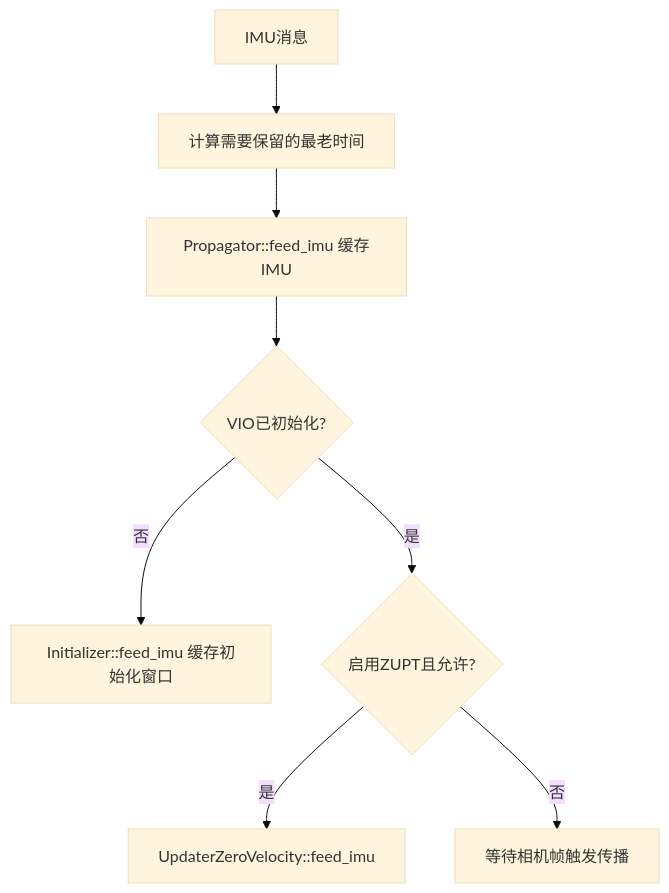
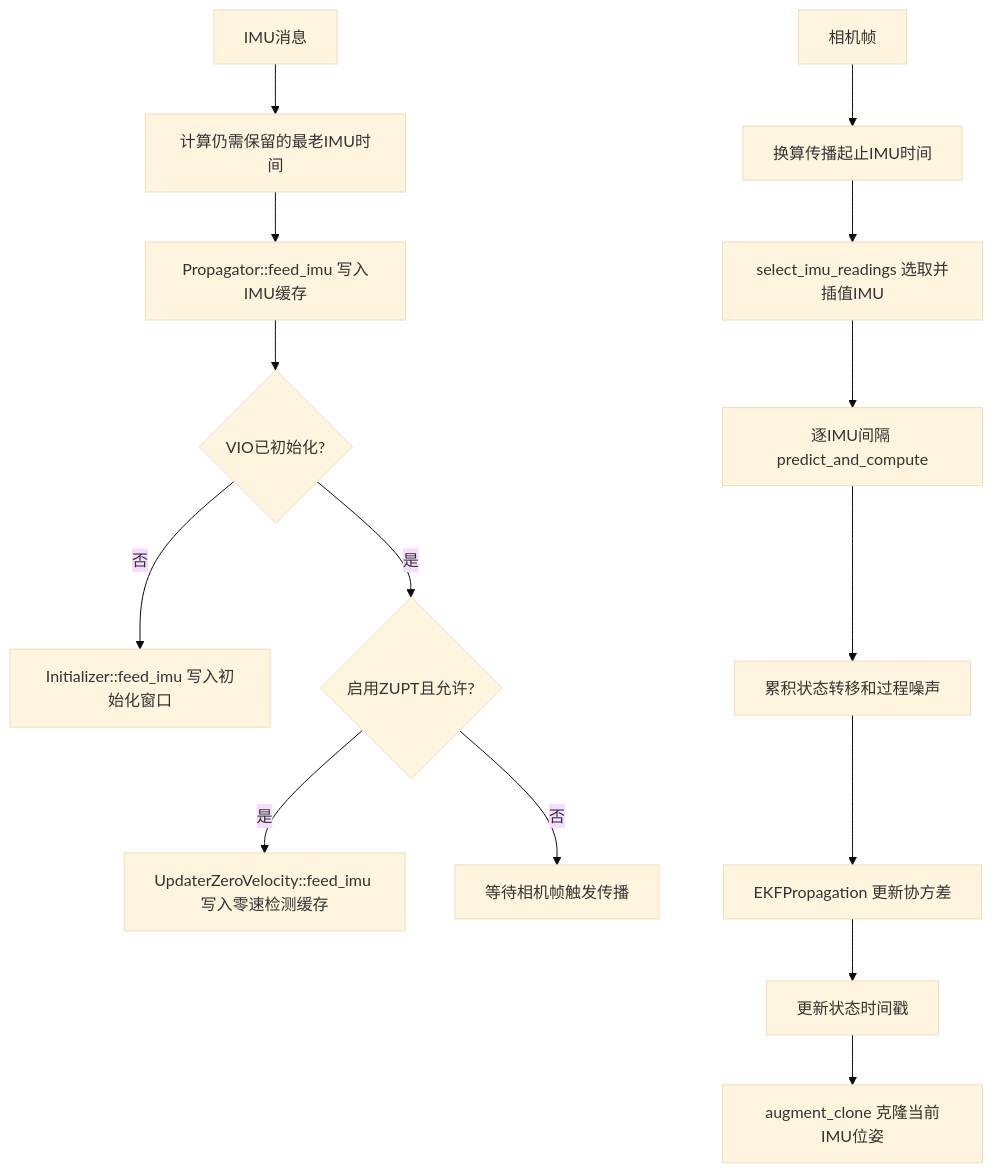
Before and after one commit to karmueo/open_vins: the third of 10 diagrams in 算法.md, drawn with Mermaid (base theme). The commit also changed other lines of this file and 2 other files, not shown here.

````diff
--- a/算法.md
+++ b/算法.md
@@ -153,10 +153,18 @@
 ```mermaid
 flowchart TD
-  A[IMU消息] --> B[计算需要保留的最老时间]
-  B --> C[Propagator::feed_imu 缓存IMU]
+  A[IMU消息] --> B[计算仍需保留的最老IMU时间]
+  B --> C[Propagator::feed_imu 写入IMU缓存]
   C --> D{VIO已初始化?}
-  D -- 否 --> E[Initializer::feed_imu 缓存初始化窗口]
+  D -- 否 --> E[Initializer::feed_imu 写入初始化窗口]
   D -- 是 --> F{启用ZUPT且允许?}
-  F -- 是 --> G[UpdaterZeroVelocity::feed_imu]
+  F -- 是 --> G[UpdaterZeroVelocity::feed_imu 写入零速检测缓存]
   F -- 否 --> H[等待相机帧触发传播]
+
+  I[相机帧] --> J[换算传播起止IMU时间]
+  J --> K[select_imu_readings 选取并插值IMU]
+  K --> L[逐IMU间隔 predict_and_compute]
+  L --> M[累积状态转移和过程噪声]
+  M --> N[EKFPropagation 更新协方差]
+  N --> O[更新状态时间戳]
+  O --> P[augment_clone 克隆当前IMU位姿]
 ```
````
